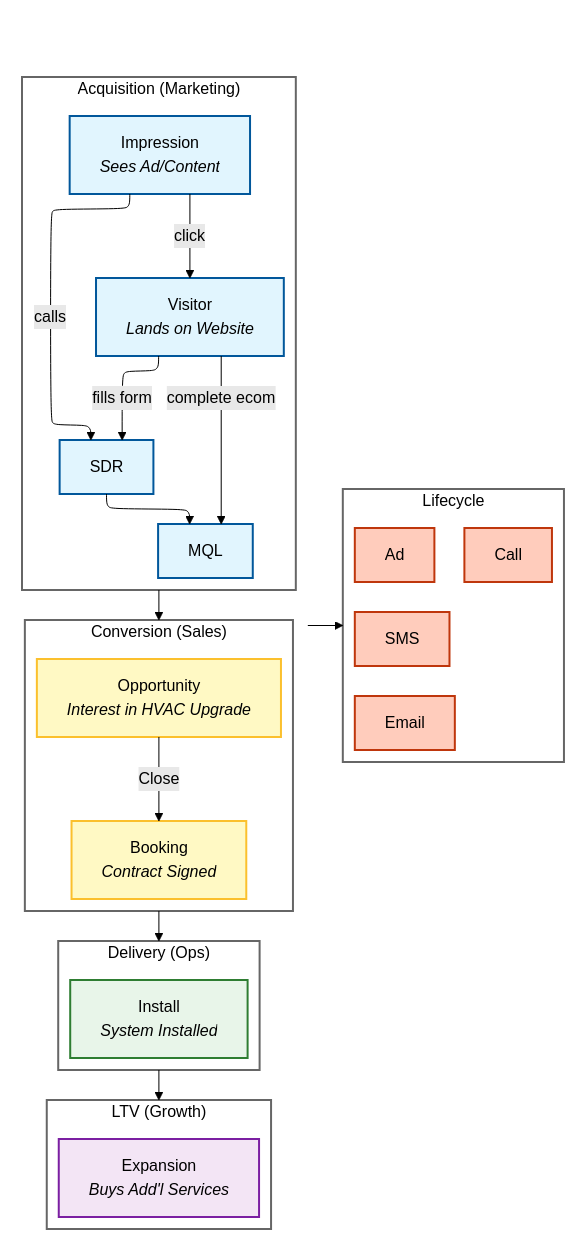
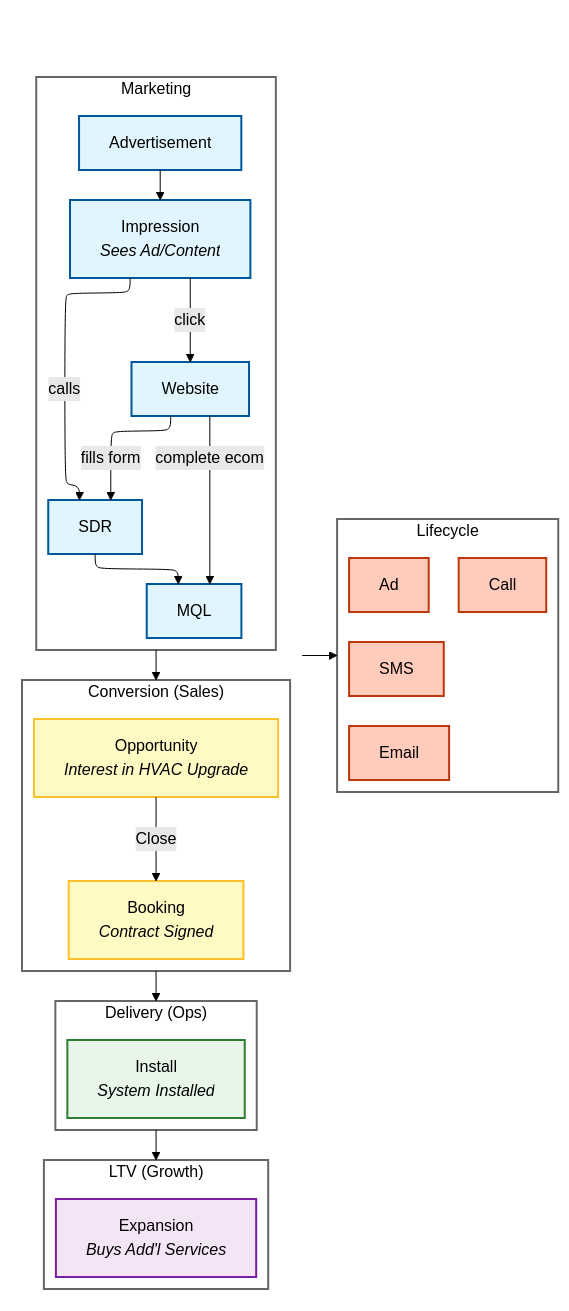
One commit to maxgveggeberg/diagrams changed the diagram in Stages.md. Above: the diagram before and after it, drawn with Mermaid (forest theme). The commit also changed other lines of this file, not shown here.

Commit message:
formatting

````diff
--- a/Stages.md
+++ b/Stages.md
@@ -5,60 +5,62 @@
 ```mermaid
 %%{init: {"flowchart": {"defaultRenderer": "elk"}} }%%
 flowchart LR
     %% Define Node Styles
     classDef marketing fill:#e1f5fe,stroke:#01579b,stroke-width:2px,color:#000
     classDef sales fill:#fff9c4,stroke:#fbc02d,stroke-width:2px,color:#000
     classDef ops fill:#e8f5e9,stroke:#2e7d32,stroke-width:2px,color:#000
     classDef growth fill:#f3e5f5,stroke:#7b1fa2,stroke-width:2px,color:#000
     classDef lifecycle fill:#ffccbc,stroke:#bf360c,stroke-width:2px,color:#000
     %% Invisible Wrapper Subgraph
     subgraph Funnel [" "]
         direction TB
         
-        subgraph S1 ["Acquisition (Marketing)"]
+        subgraph S1 ["Marketing"]
             direction TB
+            O[Advertisement]:::marketing
             A[Impression<br/><i>Sees Ad/Content</i>]:::marketing
-            B[Visitor<br/><i>Lands on Website</i>]:::marketing
+            B[Website]:::marketing
             N[SDR]:::marketing
             D[MQL]:::marketing
+            O --> A
             A -->|click| B
             A -->|calls| N
             B -->|fills form| N
             B -->|complete ecom| D
             N --> D
         end
         style S1 fill:#ffffff,stroke:#666,stroke-width:2px,color:#000
         subgraph S2 ["Conversion (Sales)"]
             direction TB
             E[Opportunity<br/><i>Interest in HVAC Upgrade</i>]:::sales
             F[Booking<br/><i>Contract Signed</i>]:::sales
             E -->|Close| F
         end
         style S2 fill:#ffffff,stroke:#666,stroke-width:2px,color:#000
         subgraph S3 ["Delivery (Ops)"]
             direction TB
             G[Install<br/><i>System Installed</i>]:::ops
         end
         style S3 fill:#ffffff,stroke:#666,stroke-width:2px,color:#000
         subgraph S4 ["LTV (Growth)"]
             direction TB
             H[Expansion<br/><i>Buys Add'l Services</i>]:::growth
         end
         style S4 fill:#ffffff,stroke:#666,stroke-width:2px,color:#000
         %% Internal Subgraph Connections
         S1 --> S2
         S2 --> S3
         S3 --> S4
     end
     style Funnel fill:transparent,stroke:transparent
     subgraph S5 ["Lifecycle"]
         direction LR
         I[Email]:::lifecycle
         J[SMS]:::lifecycle
         K[Call]:::lifecycle
         L[Ad]:::lifecycle
     end
     style S5 fill:#ffffff,stroke:#666,stroke-width:2px,color:#000
     %% Wrapper to Lifecycle Connection
     Funnel --> S5
 ```
````
